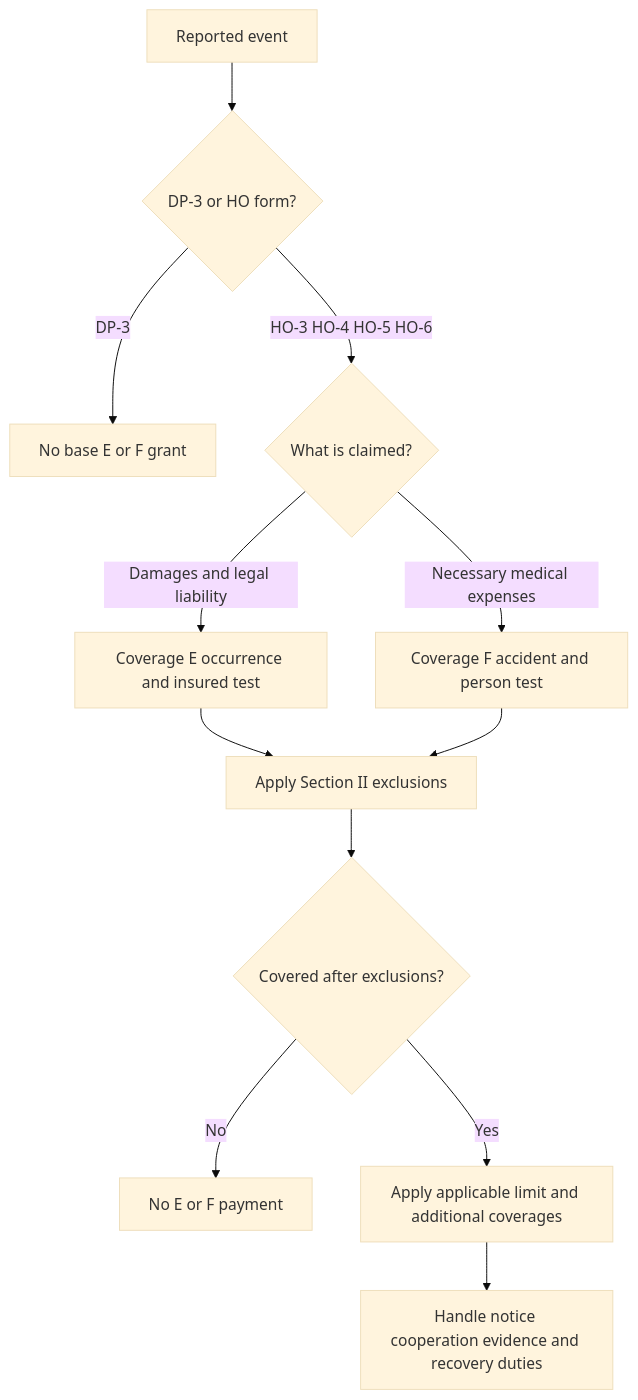
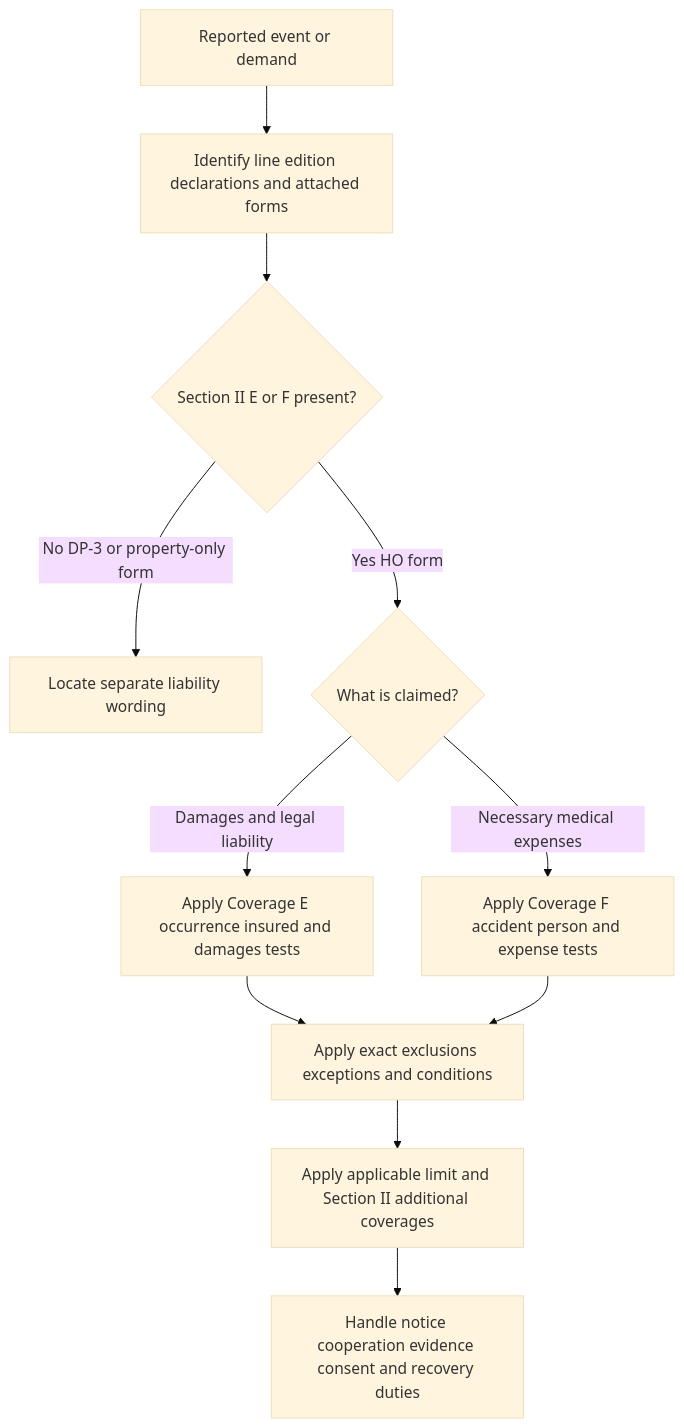
The diagram in openwiki/coverage/parts/liability-e-f.md (eugeneliu-86/openwiki-insurance-corpus), drawn with Mermaid (base theme) before and after one commit. The commit also changed other lines of this file and 109 other files, not shown here.

````diff
--- a/openwiki/coverage/parts/liability-e-f.md
+++ b/openwiki/coverage/parts/liability-e-f.md
@@ -66,14 +71,13 @@
 ```mermaid
 flowchart TD
-    A[Reported event] --> B{DP-3 or HO form?}
-    B -->|DP-3| C[No base E or F grant]
-    B -->|HO-3 HO-4 HO-5 HO-6| D{What is claimed?}
-    D -->|Damages and legal liability| E[Coverage E occurrence and insured test]
-    D -->|Necessary medical expenses| F[Coverage F accident and person test]
-    E --> G[Apply Section II exclusions]
-    F --> G
-    G --> H{Covered after exclusions?}
-    H -->|No| I[No E or F payment]
-    H -->|Yes| J[Apply applicable limit and additional coverages]
-    J --> K[Handle notice cooperation evidence and recovery duties]
+    reported["Reported event or demand"] --> package["Identify line edition declarations and attached forms"]
+    package --> branch{"Section II E or F present?"}
+    branch -->|"No DP-3 or property-only form"| separate["Locate separate liability wording"]
+    branch -->|"Yes HO form"| harm{"What is claimed?"}
+    harm -->|"Damages and legal liability"| echeck["Apply Coverage E occurrence insured and damages tests"]
+    harm -->|"Necessary medical expenses"| fcheck["Apply Coverage F accident person and expense tests"]
+    echeck --> exclusions["Apply exact exclusions exceptions and conditions"]
+    fcheck --> exclusions
+    exclusions --> limits["Apply applicable limit and Section II additional coverages"]
+    limits --> duties["Handle notice cooperation evidence consent and recovery duties"]
 ```
````
